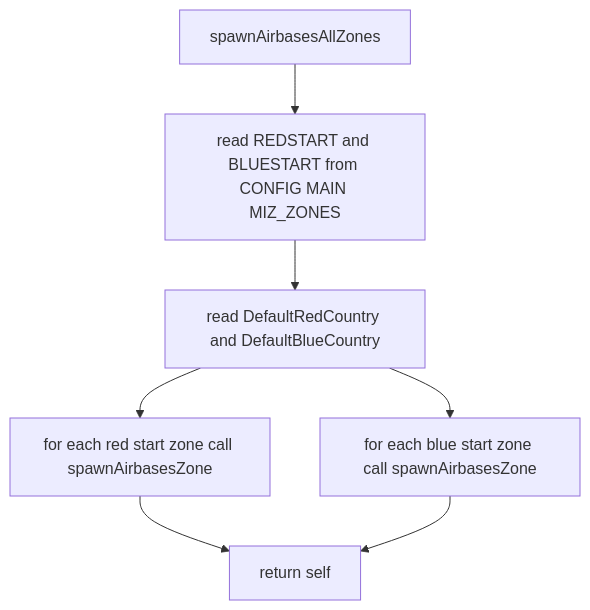
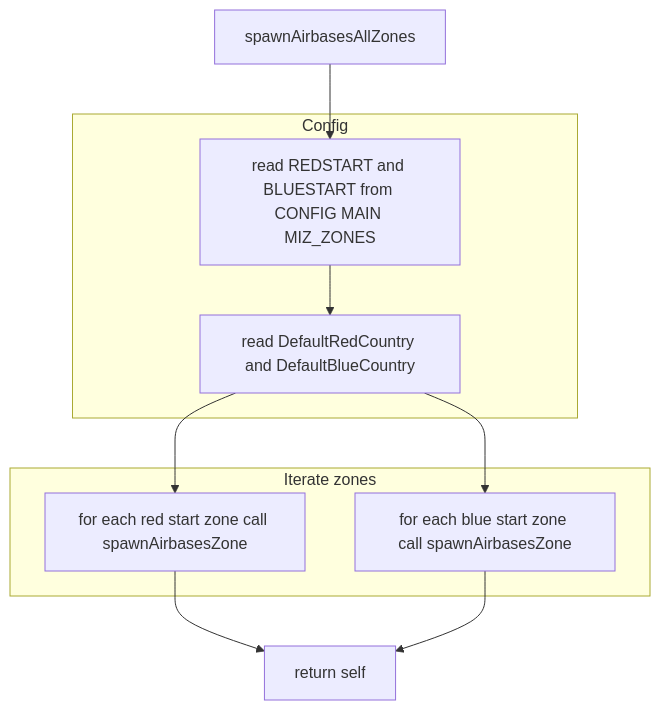
The second of 3 diagrams in docs/zone_manager/airbases.md (Gh0st352/AETHR), drawn with Mermaid before and after one commit. The commit also changed other lines of this file and 6 other files, not shown here.

Commit message:
docs(zone_manager, mermaid): normalize headings, restructure Mermaid diagrams, and add shared theme & class annotations

````diff
--- a/docs/zone_manager/airbases.md
+++ b/docs/zone_manager/airbases.md
@@ -47,9 +57,17 @@
 ```mermaid
+%% shared theme: docs/_mermaid/theme.json %%
 flowchart TD
   SA1[spawnAirbasesAllZones] --> SA2[read REDSTART and BLUESTART from CONFIG MAIN MIZ_ZONES]
-  SA2 --> SA3[read DefaultRedCountry and DefaultBlueCountry]
-  SA3 --> SA4[for each red start zone call spawnAirbasesZone]
-  SA3 --> SA5[for each blue start zone call spawnAirbasesZone]
+  subgraph "Config"
+    SA2 --> SA3[read DefaultRedCountry and DefaultBlueCountry]
+  end
+  subgraph "Iterate zones"
+    SA3 --> SA4[for each red start zone call spawnAirbasesZone]
+    SA3 --> SA5[for each blue start zone call spawnAirbasesZone]
+  end
   SA4 --> SA6[return self]
   SA5 --> SA6
+  class SA2,SA3 class_io;
+  class SA4,SA5 class_step;
+  class SA6 class_result;
 ```
````
